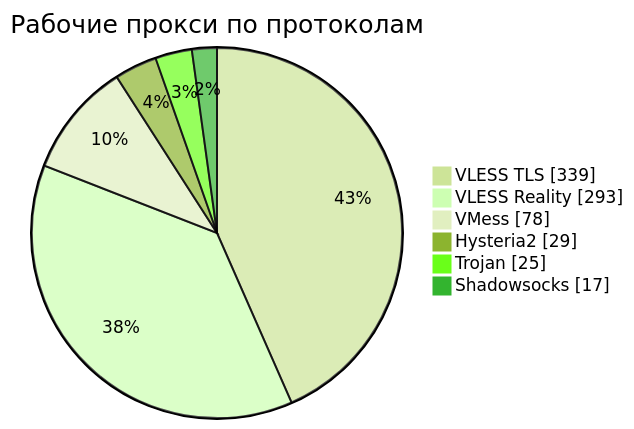
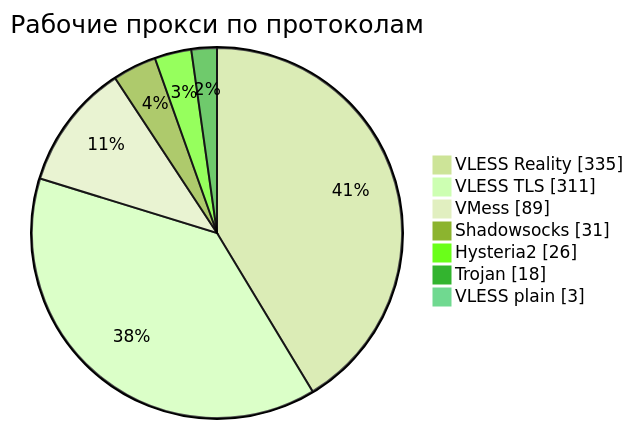
The third of 4 diagrams in README.md (rvvg/proxy-subs), drawn with Mermaid (forest theme) before and after one commit. The commit also changed other lines of this file and 44 other files, not shown here.

````diff
--- a/README.md
+++ b/README.md
@@ -132,10 +134,11 @@
 ```mermaid
 pie showData
     title Рабочие прокси по протоколам
-    "VLESS TLS" : 339
-    "VLESS Reality" : 293
-    "VMess" : 78
-    "Hysteria2" : 29
-    "Trojan" : 25
-    "Shadowsocks" : 17
+    "VLESS Reality" : 335
+    "VLESS TLS" : 311
+    "VMess" : 89
+    "Shadowsocks" : 31
+    "Hysteria2" : 26
+    "Trojan" : 18
+    "VLESS plain" : 3
 ```
````
